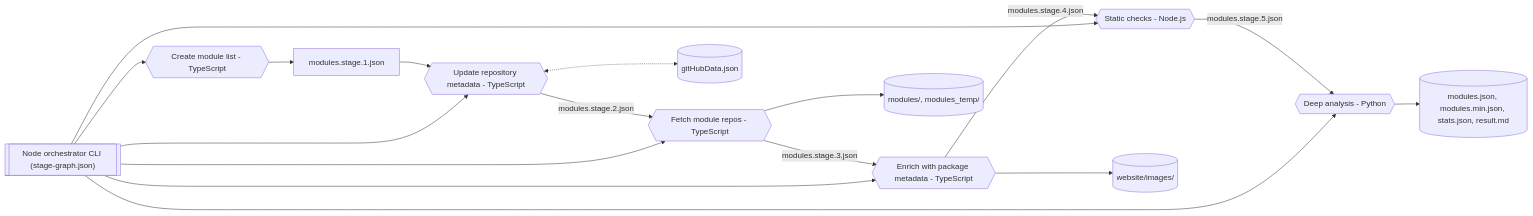
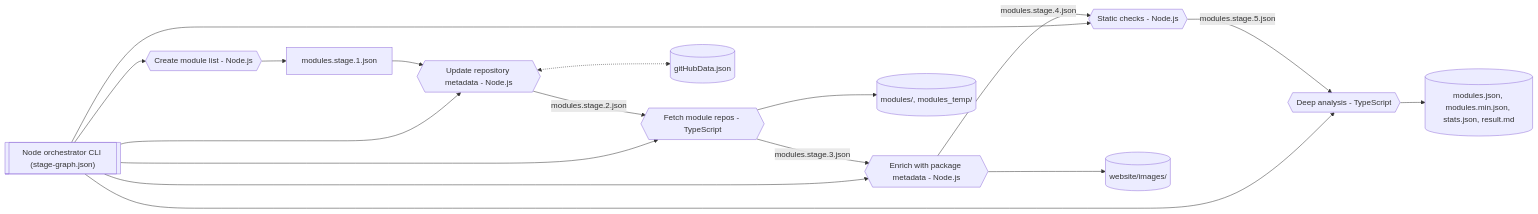
One commit to KristjanESPERANTO/MagicMirror-3rd-Party-Modules changed the first of 3 diagrams in docs/architecture.md. Above: the diagram before and after it, drawn with Mermaid. The commit also changed other lines of this file and 19 other files, not shown here.

````diff
--- a/docs/architecture.md
+++ b/docs/architecture.md
@@ -22,21 +22,21 @@
 ```mermaid
 flowchart LR
   orchestrator[["Node orchestrator CLI (stage-graph.json)"]]
-  orchestrator --> create{{"Create module list - TypeScript"}}
-  orchestrator --> update{{"Update repository metadata - TypeScript"}}
+  orchestrator --> create{{"Create module list - Node.js"}}
+  orchestrator --> update{{"Update repository metadata - Node.js"}}
   orchestrator --> fetch{{"Fetch module repos - TypeScript"}}
-  orchestrator --> enrich{{"Enrich with package metadata - TypeScript"}}
+  orchestrator --> enrich{{"Enrich with package metadata - Node.js"}}
   orchestrator --> checkjs{{"Static checks - Node.js"}}
-  orchestrator --> checkpy{{"Deep analysis - Python"}}
+  orchestrator --> checkts{{"Deep analysis - TypeScript"}}
 
   create --> stage1["modules.stage.1.json"]
   stage1 --> update
   update -- "modules.stage.2.json" --> fetch
   update <-.-> cache[("gitHubData.json")]
   fetch -- "modules.stage.3.json" --> enrich
   fetch --> clones[("modules/, modules_temp/")]
   enrich -- "modules.stage.4.json" --> checkjs
   enrich --> images[("website/images/")]
-  checkjs -- "modules.stage.5.json" --> checkpy
-  checkpy --> outputs[("modules.json, modules.min.json, stats.json, result.md")]
+  checkjs -- "modules.stage.5.json" --> checkts
+  checkts --> outputs[("modules.json, modules.min.json, stats.json, result.md")]
 ```
````
